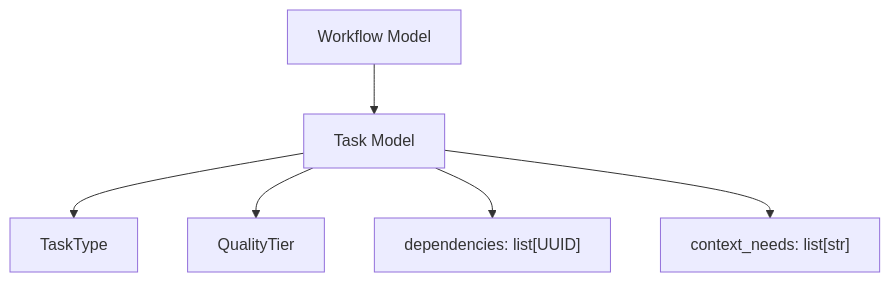
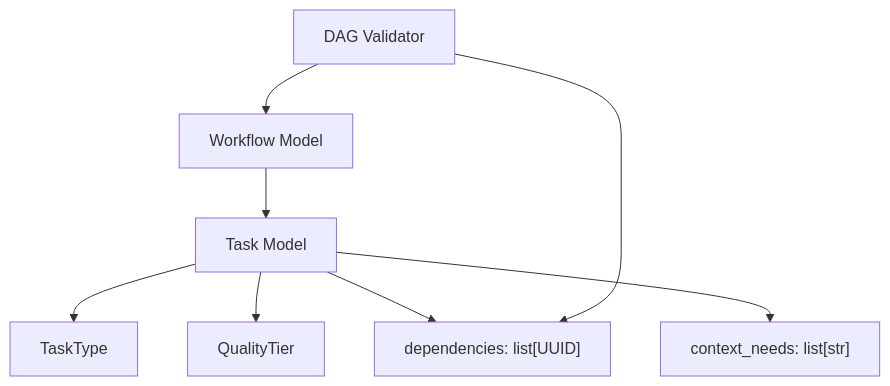
The diagram in docs/05_Components.md (knishkarora/Ather-OS), drawn with Mermaid before and after one commit. The commit also changed other lines of this file and 15 other files, not shown here.

````diff
--- a/docs/05_Components.md
+++ b/docs/05_Components.md
@@ -86,8 +107,10 @@
 ```mermaid
 flowchart TD
     Workflow["Workflow Model"] --> Task["Task Model"]
     Task --> TaskType["TaskType"]
     Task --> QualityTier["QualityTier"]
     Task --> Dependencies["dependencies: list[UUID]"]
     Task --> ContextNeeds["context_needs: list[str]"]
+    Validator["DAG Validator"] --> Workflow
+    Validator --> Dependencies
 ```
````
